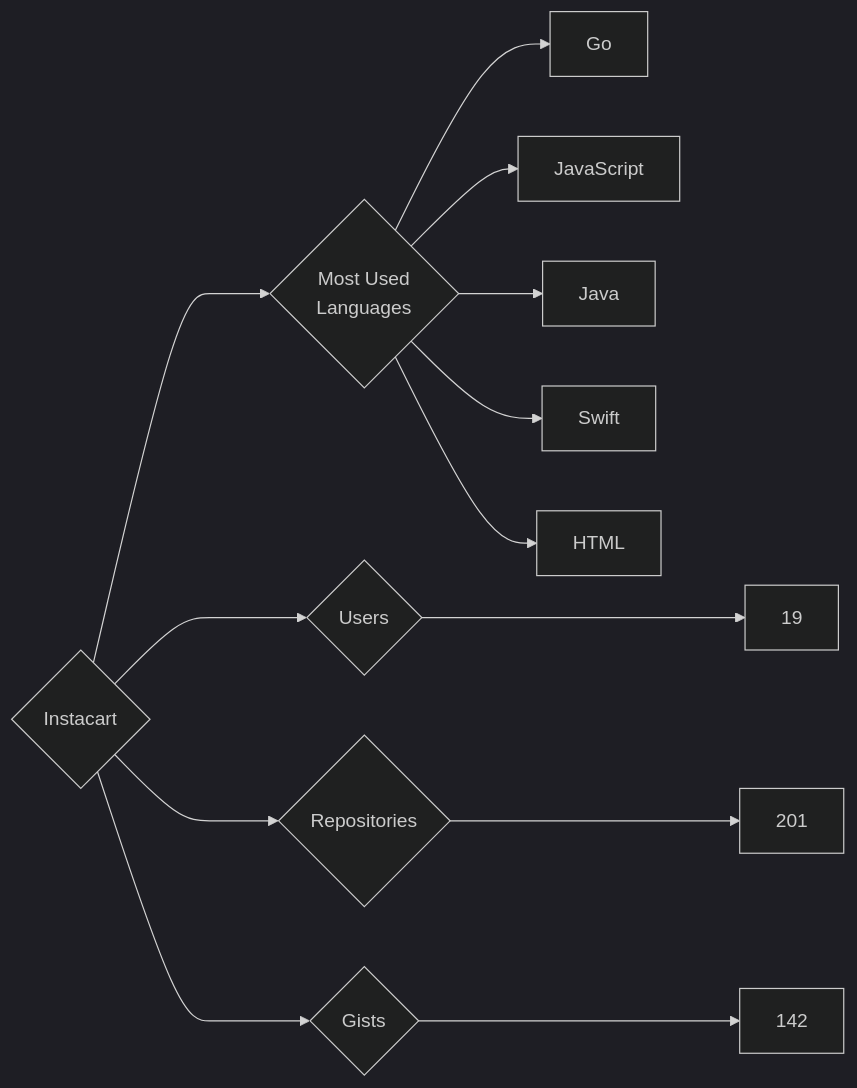
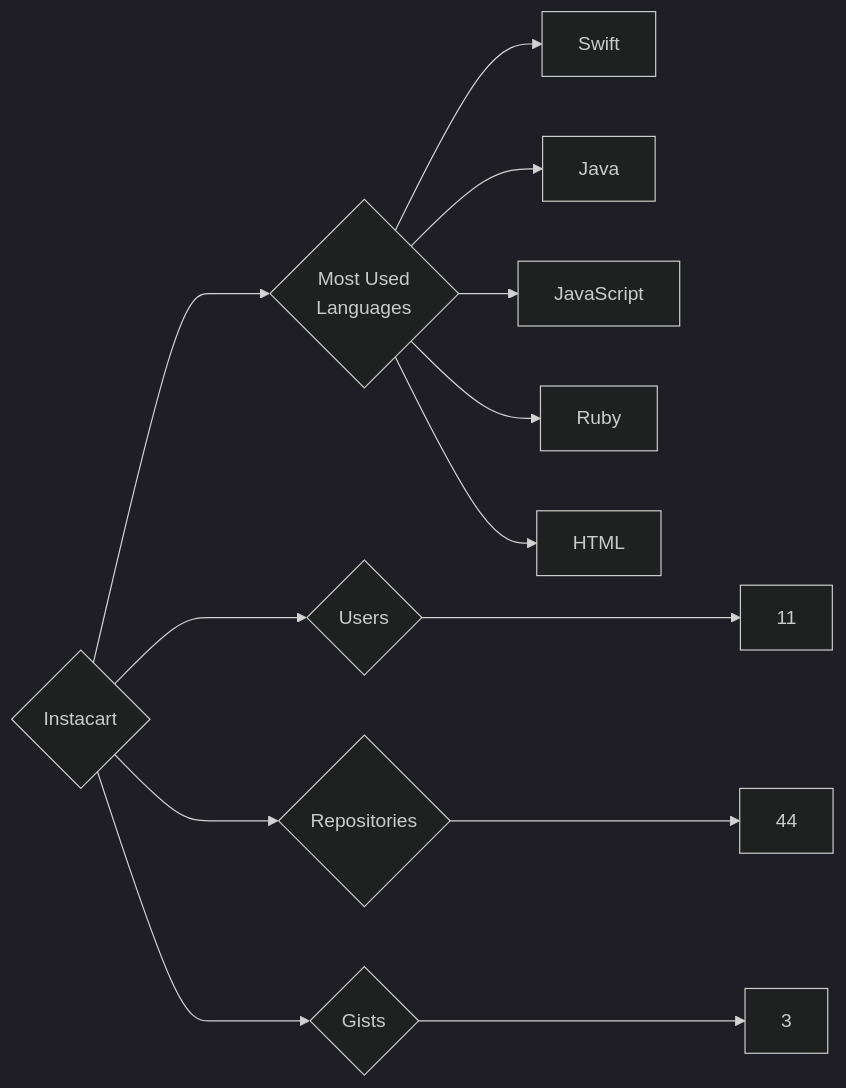
Before and after one commit to trickest/insiders: the diagram in targets/Instacart/README.md, drawn with Mermaid (dark theme). The commit also changed 934 other files, not shown here.

````diff
--- a/targets/Instacart/README.md
+++ b/targets/Instacart/README.md
@@ -3,13 +3,13 @@
 ```mermaid
 graph LR
 COMPANY_NAME{Instacart}
-COMPANY_NAME ---> U{Users} ---> UN[19]
-COMPANY_NAME ---> R{Repositories} ---> RN[201]
-COMPANY_NAME ---> G{Gists} ---> GN[142]
+COMPANY_NAME ---> U{Users} ---> UN[11]
+COMPANY_NAME ---> R{Repositories} ---> RN[44]
+COMPANY_NAME ---> G{Gists} ---> GN[3]
 COMPANY_NAME ---> ML{Most Used<br>Languages}
-ML --> Go[Go]
+ML --> Swift[Swift]
+ML --> Java[Java]
 ML --> JavaScript[JavaScript]
-ML --> Java[Java]
-ML --> Swift[Swift]
+ML --> Ruby[Ruby]
 ML --> HTML[HTML]
 ```
````
